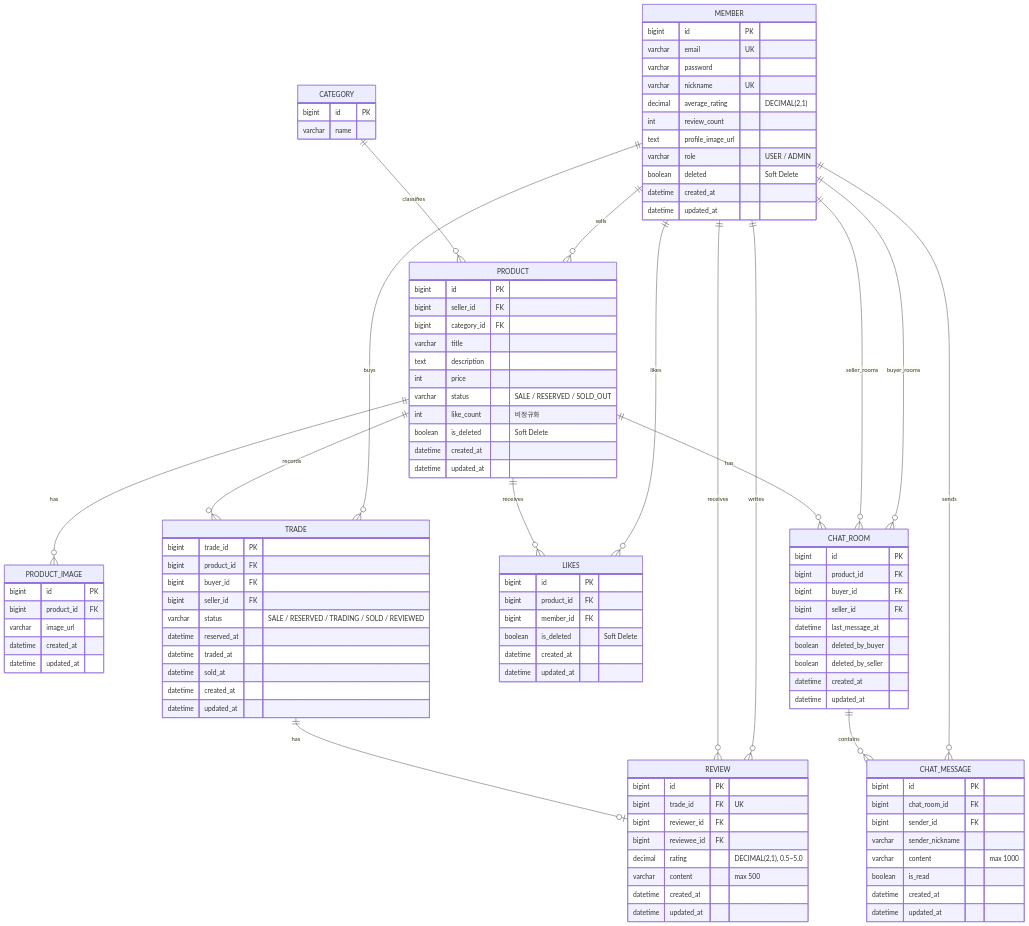
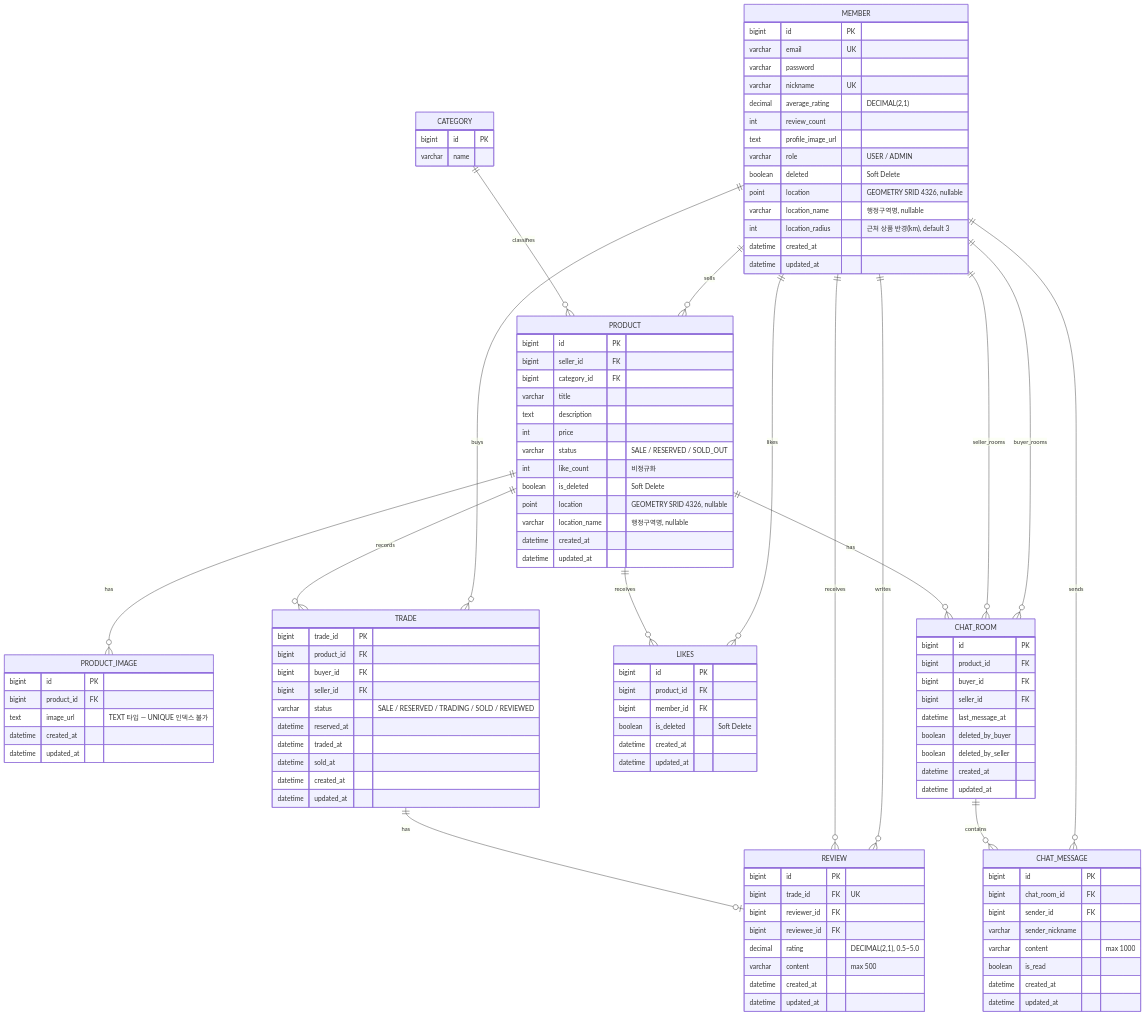
Before and after one commit to Team-5th-Chat-prj/Team-5th: the diagram in docs/SA/05-ERD.md, drawn with Mermaid. The commit also changed other lines of this file and 9 other files, not shown here.

```diff
--- a/docs/SA/05-ERD.md
+++ b/docs/SA/05-ERD.md
@@ -21,6 +21,9 @@
         text profile_image_url
         varchar role "USER / ADMIN"
         boolean deleted "Soft Delete"
+        point location "GEOMETRY SRID 4326, nullable"
+        varchar location_name "행정구역명, nullable"
+        int location_radius "근처 상품 반경(km), default 3"
         datetime created_at
         datetime updated_at
     }
@@ -40,6 +43,8 @@
         varchar status "SALE / RESERVED / SOLD_OUT"
         int like_count "비정규화"
         boolean is_deleted "Soft Delete"
+        point location "GEOMETRY SRID 4326, nullable"
+        varchar location_name "행정구역명, nullable"
         datetime created_at
         datetime updated_at
     }
@@ -47,7 +52,7 @@
     PRODUCT_IMAGE {
         bigint id PK
         bigint product_id FK
-        varchar image_url
+        text image_url "TEXT 타입 — UNIQUE 인덱스 불가"
         datetime created_at
         datetime updated_at
     }
```
